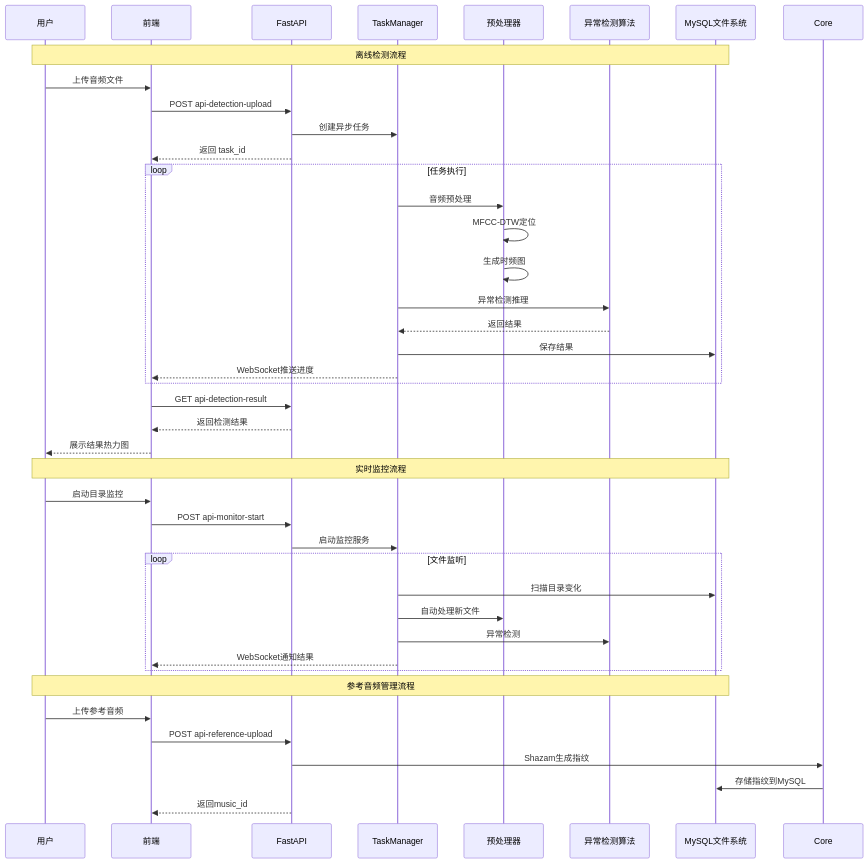
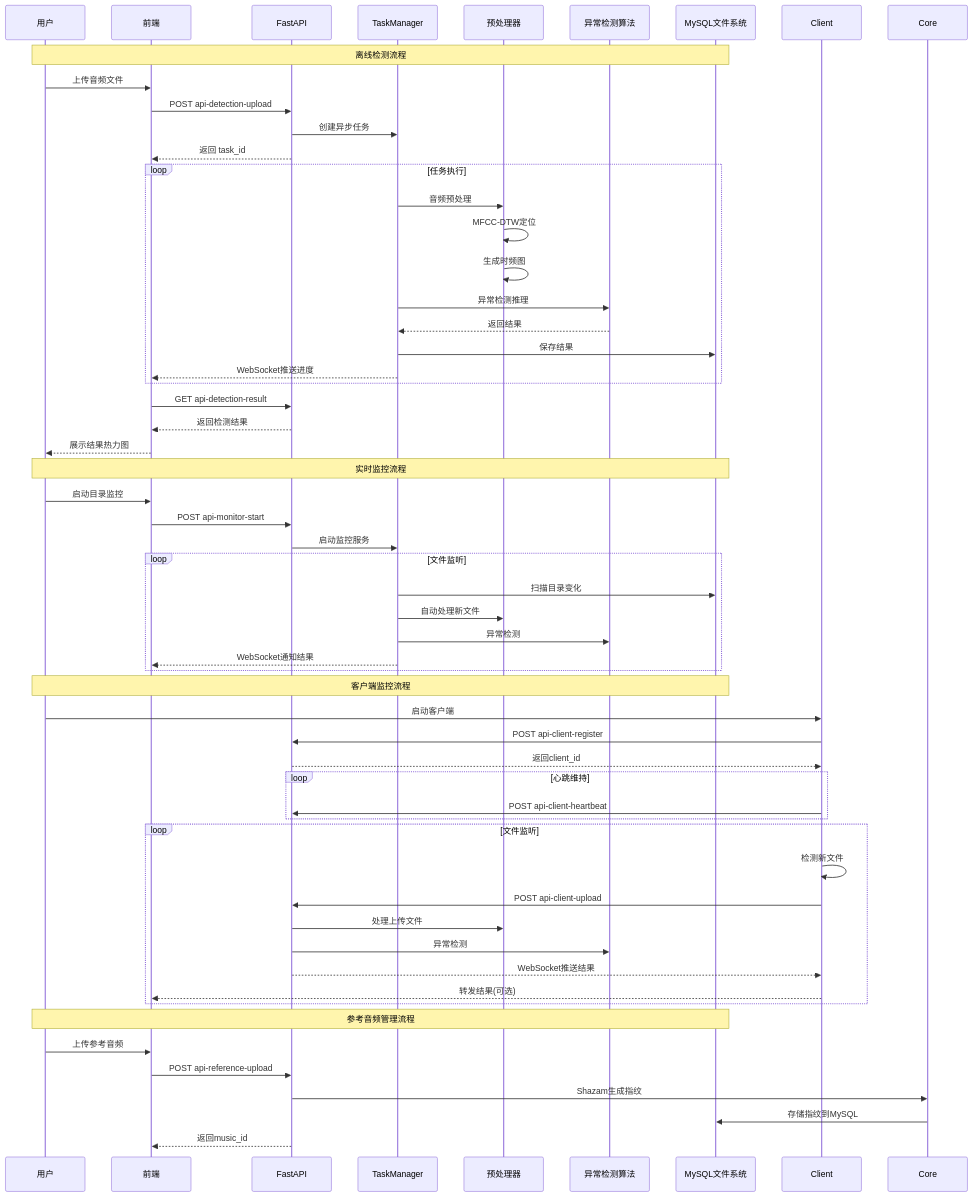
The third of 3 diagrams in readme.md (francklinson/ASPKD), drawn with Mermaid before and after one commit. The commit also changed other lines of this file and 1 other file, not shown here.

````diff
--- a/readme.md
+++ b/readme.md
@@ -244,49 +251,67 @@
 ```mermaid
 sequenceDiagram
     participant User as 用户
     participant FE as 前端
     participant API as FastAPI
     participant TM as TaskManager
     participant Pre as 预处理器
     participant Algo as 异常检测算法
     participant DB as MySQL文件系统
 
     Note over User,DB: 离线检测流程
     User->>FE: 上传音频文件
     FE->>API: POST api-detection-upload
     API->>TM: 创建异步任务
     API-->>FE: 返回 task_id
     
     loop 任务执行
         TM->>Pre: 音频预处理
         Pre->>Pre: MFCC-DTW定位
         Pre->>Pre: 生成时频图
         TM->>Algo: 异常检测推理
         Algo-->>TM: 返回结果
         TM->>DB: 保存结果
         TM-->>FE: WebSocket推送进度
     end
     
     FE->>API: GET api-detection-result
     API-->>FE: 返回检测结果
     FE-->>User: 展示结果热力图
 
     Note over User,DB: 实时监控流程
     User->>FE: 启动目录监控
     FE->>API: POST api-monitor-start
     API->>TM: 启动监控服务
     
     loop 文件监听
         TM->>DB: 扫描目录变化
         TM->>Pre: 自动处理新文件
         TM->>Algo: 异常检测
         TM-->>FE: WebSocket通知结果
     end
 
+    Note over User,DB: 客户端监控流程
+    User->>Client: 启动客户端
+    Client->>API: POST api-client-register
+    API-->>Client: 返回client_id
+    
+    loop 心跳维持
+        Client->>API: POST api-client-heartbeat
+    end
+    
+    loop 文件监听
+        Client->>Client: 检测新文件
+        Client->>API: POST api-client-upload
+        API->>Pre: 处理上传文件
+        API->>Algo: 异常检测
+        API-->>Client: WebSocket推送结果
+        Client-->>FE: 转发结果(可选)
+    end
+
     Note over User,DB: 参考音频管理流程
     User->>FE: 上传参考音频
     FE->>API: POST api-reference-upload
     API->>Core: Shazam生成指纹
     Core->>DB: 存储指纹到MySQL
     API-->>FE: 返回music_id
 ```
````
